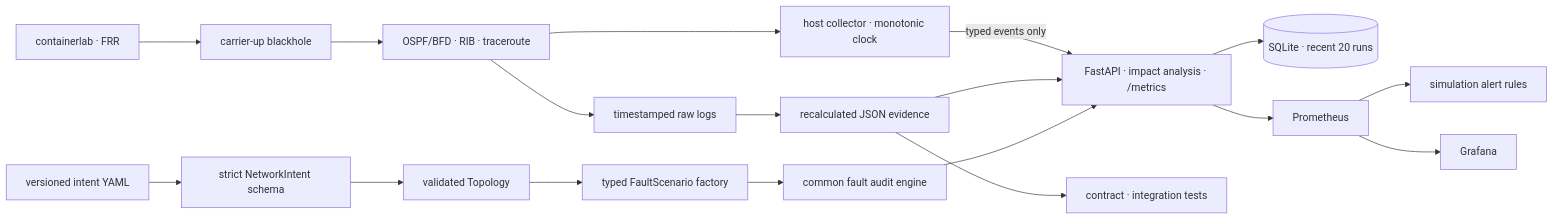
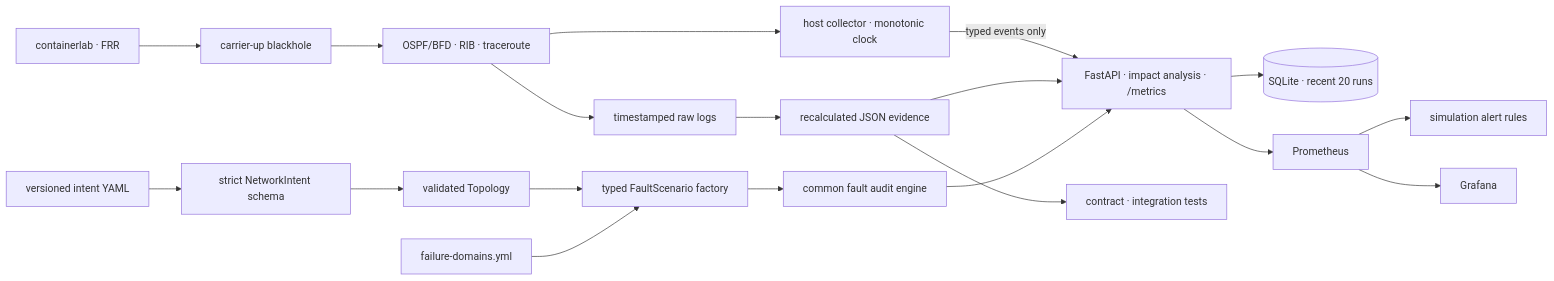
The diagram in README.md (teriyakki-jin/telconet-sentinel), drawn with Mermaid before and after one commit. The commit also changed other lines of this file and 22 other files, not shown here.

Commit message:
Model shared-risk failure domains (#25)

````diff
--- a/README.md
+++ b/README.md
@@ -47,20 +47,21 @@
 ```mermaid
 flowchart LR
     LAB["containerlab · FRR"] --> FAULT["carrier-up blackhole"]
     FAULT --> STATE["OSPF/BFD · RIB · traceroute"]
     STATE --> RAW["timestamped raw logs"]
     STATE --> COLLECTOR["host collector · monotonic clock"]
     COLLECTOR -->|"typed events only"| API
     RAW --> JSON["recalculated JSON evidence"]
     JSON --> API["FastAPI · impact analysis · /metrics"]
     INTENT["versioned intent YAML"] --> SCHEMA["strict NetworkIntent schema"]
     SCHEMA --> GRAPH["validated Topology"]
     GRAPH --> SCENARIO["typed FaultScenario factory"]
+    FD["failure-domains.yml"] --> SCENARIO
     SCENARIO --> AUDIT["common fault audit engine"]
     AUDIT --> API
     API --> DB[("SQLite · recent 20 runs")]
     API --> PROM["Prometheus"]
     PROM --> ALERT["simulation alert rules"]
     PROM --> GRAFANA["Grafana"]
     JSON --> TEST["contract · integration tests"]
 ```
````
